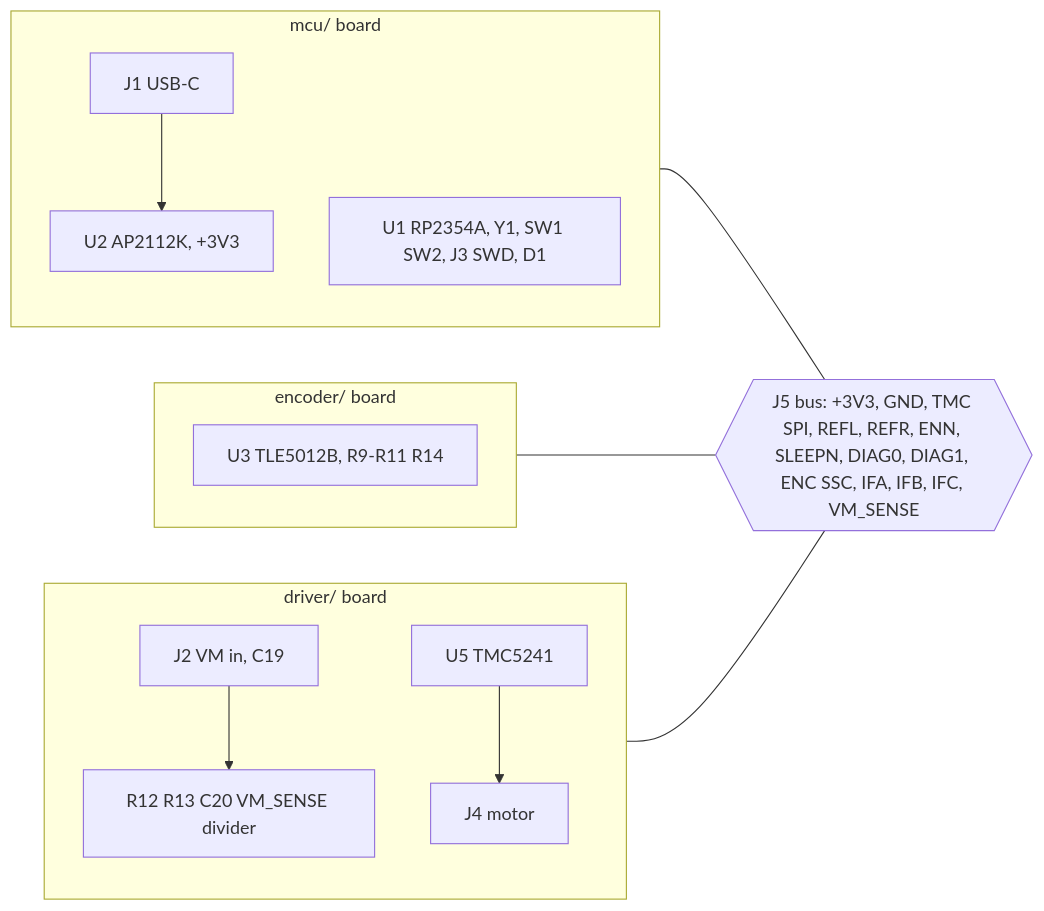
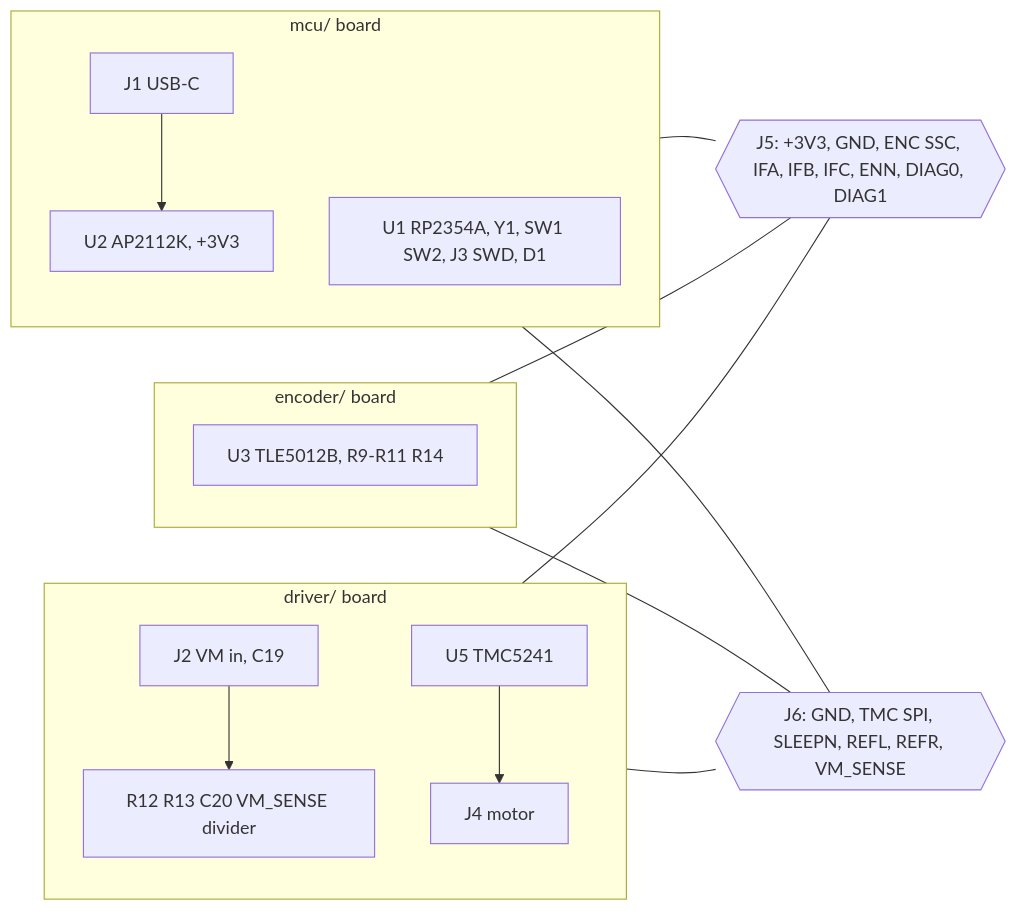
Before and after one commit to tmpk13/pico-step: the second of 3 diagrams in ARCHITECTURE.md, drawn with Mermaid. The commit also changed other lines of this file and 9 other files, not shown here.

````diff
--- a/ARCHITECTURE.md
+++ b/ARCHITECTURE.md
@@ -64,18 +65,22 @@
 ```mermaid
 flowchart LR
     subgraph mcu ["mcu/ board"]
         J1[J1 USB-C] --> U2[U2 AP2112K, +3V3]
         U1[U1 RP2354A, Y1, SW1 SW2, J3 SWD, D1]
     end
     subgraph encoder ["encoder/ board"]
         U3[U3 TLE5012B, R9-R11 R14]
     end
     subgraph driver ["driver/ board"]
         J2[J2 VM in, C19] --> DIV[R12 R13 C20 VM_SENSE divider]
         U5[U5 TMC5241] --> J4[J4 motor]
     end
-    BUS{{"J5 bus: +3V3, GND, TMC SPI, REFL, REFR, ENN, SLEEPN, DIAG0, DIAG1, ENC SSC, IFA, IFB, IFC, VM_SENSE"}}
-    mcu --- BUS
-    encoder --- BUS
-    driver --- BUS
+    J5{{"J5: +3V3, GND, ENC SSC, IFA, IFB, IFC, ENN, DIAG0, DIAG1"}}
+    J6{{"J6: GND, TMC SPI, SLEEPN, REFL, REFR, VM_SENSE"}}
+    mcu --- J5
+    encoder --- J5
+    driver --- J5
+    mcu --- J6
+    encoder --- J6
+    driver --- J6
 ```
````
